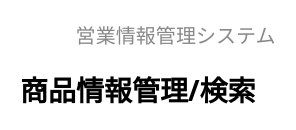
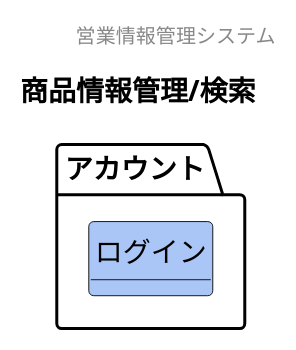
One commit to HaruShim/Sotuken changed the diagram in 各種設計書/1ドメインモデル図/商品情報管理/F08検索.plantuml. Above: the diagram before and after it, drawn with PlantUML. The commit also changed 13 other files, not shown here.

```diff
--- a/各種設計書/1ドメインモデル図/商品情報管理/F08検索.plantuml
+++ b/各種設計書/1ドメインモデル図/商品情報管理/F08検索.plantuml
@@ -1,15 +1,19 @@
 @startuml images/商品情報管理/検索
 ' ヘッダー
 header 営業情報管理システム
 ' タイトル
 title 商品情報管理/検索
 ' 
 hide circle
 ' 
 hide method
+left to right direction
 
+package "アカウント"{
+    class "ログイン" #A9C6F6
+}
 
 
 
 
 @enduml
```
